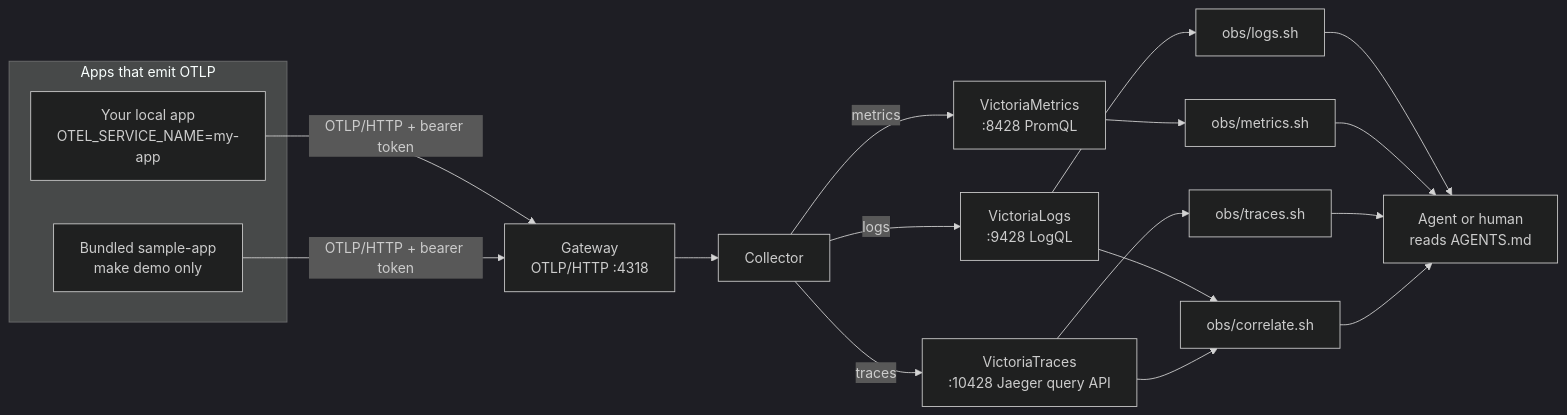
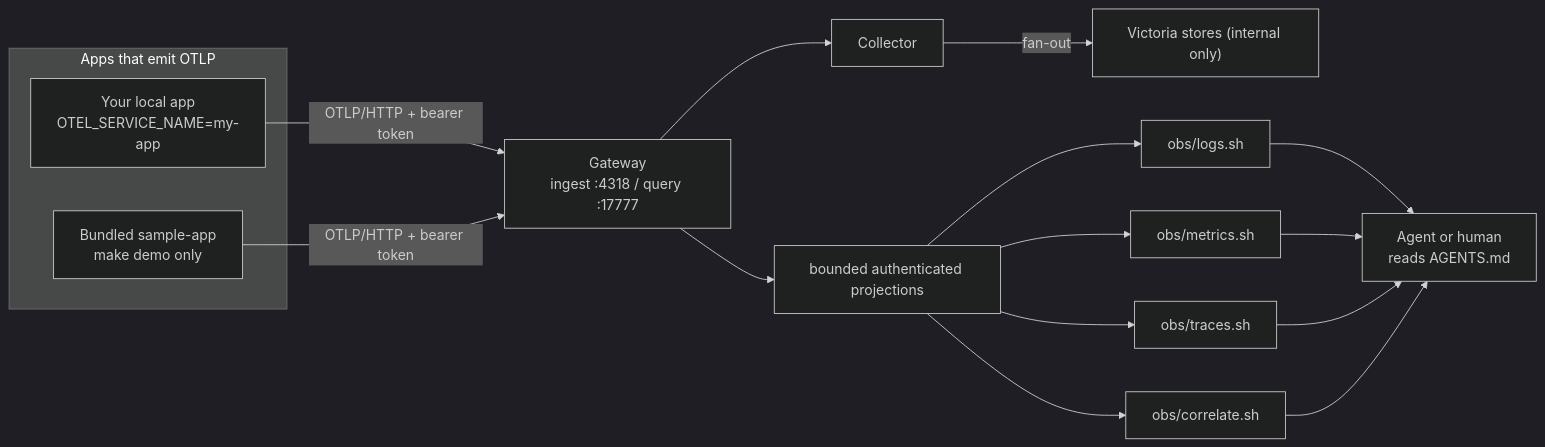
The first of 4 diagrams in README.md (gkrtjd99/AgentOTelStack), drawn with Mermaid (dark theme) before and after one commit. The commit also changed other lines of this file and 46 other files, not shown here.

````diff
--- a/README.md
+++ b/README.md
@@ -31,28 +31,25 @@
 ```mermaid
 flowchart LR
   subgraph Apps["Apps that emit OTLP"]
     Own["Your local app<br/>OTEL_SERVICE_NAME=my-app"]
     Demo["Bundled sample-app<br/>make demo only"]
   end
 
-  Gateway["Gateway<br/>OTLP/HTTP :4318"]
+  Gateway["Gateway<br/>ingest :4318 / query :17777"]
 
   Own -->|"OTLP/HTTP + bearer token"| Gateway
   Demo -->|"OTLP/HTTP + bearer token"| Gateway
   Gateway --> Collector
+  Collector -->|"fan-out"| Stores["Victoria stores (internal only)"]
+  Gateway --> Projections["bounded authenticated projections"]
 
-  Collector -->|"logs"| Logs["VictoriaLogs<br/>:9428 LogQL"]
-  Collector -->|"metrics"| Metrics["VictoriaMetrics<br/>:8428 PromQL"]
-  Collector -->|"traces"| Traces["VictoriaTraces<br/>:10428 Jaeger query API"]
-
-  Logs --> LogTool["obs/logs.sh"]
-  Metrics --> MetricTool["obs/metrics.sh"]
-  Traces --> TraceTool["obs/traces.sh"]
-  Logs --> Correlate["obs/correlate.sh"]
-  Traces --> Correlate
+  Projections --> LogTool["obs/logs.sh"]
+  Projections --> MetricTool["obs/metrics.sh"]
+  Projections --> TraceTool["obs/traces.sh"]
+  Projections --> Correlate["obs/correlate.sh"]
 
   LogTool --> Reader["Agent or human<br/>reads AGENTS.md"]
   MetricTool --> Reader
   TraceTool --> Reader
   Correlate --> Reader
 ```
````
